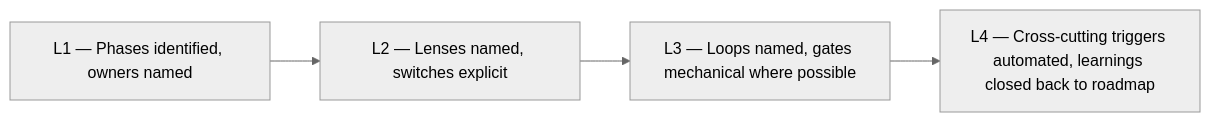
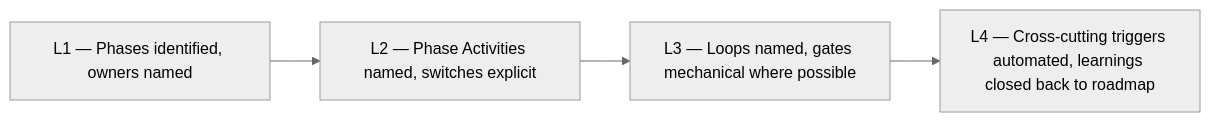
One commit to kamkie/technical-interview-demo changed the eighth of 8 diagrams in ai/specs/APPLICATION_LIFECYCLE_DIAGRAMS.md. Above: the diagram before and after it, drawn with Mermaid (neutral theme). The commit also changed other lines of this file and 9 other files, not shown here.

````diff
--- a/ai/specs/APPLICATION_LIFECYCLE_DIAGRAMS.md
+++ b/ai/specs/APPLICATION_LIFECYCLE_DIAGRAMS.md
@@ -200,6 +200,6 @@
 ```mermaid
 flowchart LR
-    L1["L1 — Phases identified, owners named"] --> L2["L2 — Lenses named, switches explicit"]
+    L1["L1 — Phases identified, owners named"] --> L2["L2 — Phase Activities named, switches explicit"]
     L2 --> L3["L3 — Loops named, gates mechanical where possible"]
     L3 --> L4["L4 — Cross-cutting triggers automated, learnings closed back to roadmap"]
 ```
````
